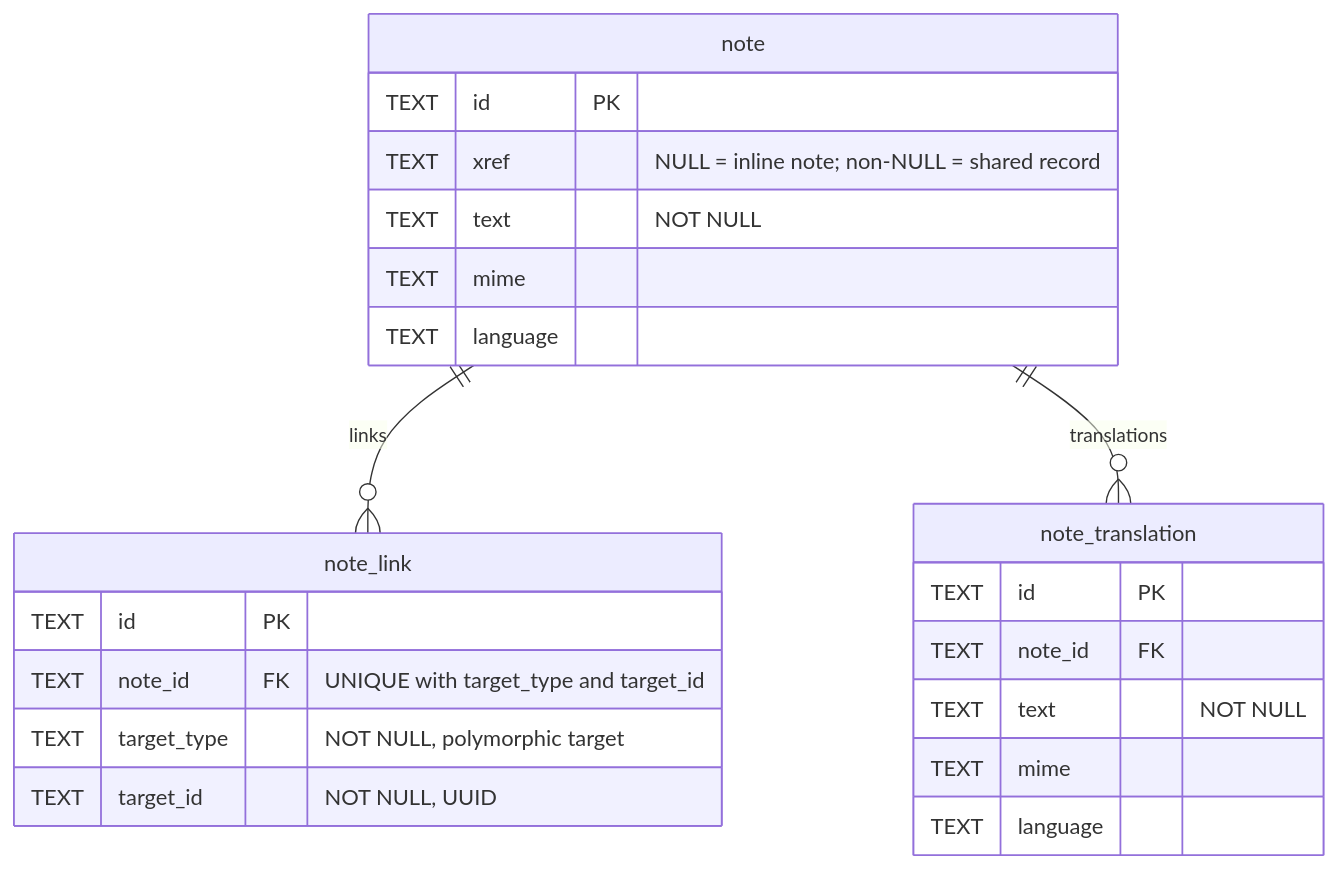
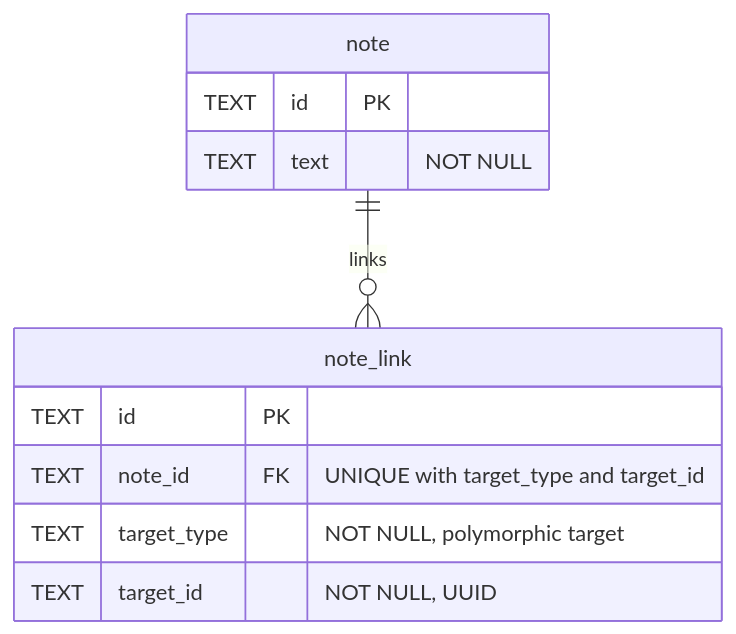
One commit to borisovodov/doru changed the tenth of 12 diagrams in docs/db-schema.md. Above: the diagram before and after it, drawn with Mermaid. The commit also changed other lines of this file and 31 other files, not shown here.

````diff
--- a/docs/db-schema.md
+++ b/docs/db-schema.md
@@ -764,28 +763,16 @@
 ```mermaid
 erDiagram
     note ||--o{ note_link : "links"
-    note ||--o{ note_translation : "translations"
 
     note {
         TEXT id PK
-        TEXT xref "NULL = inline note; non-NULL = shared record"
         TEXT text "NOT NULL"
-        TEXT mime
-        TEXT language
     }
 
     note_link {
         TEXT id PK
         TEXT note_id FK "UNIQUE with target_type and target_id"
         TEXT target_type "NOT NULL, polymorphic target"
         TEXT target_id "NOT NULL, UUID"
     }
-
-    note_translation {
-        TEXT id PK
-        TEXT note_id FK
-        TEXT text "NOT NULL"
-        TEXT mime
-        TEXT language
-    }
 ```
````
